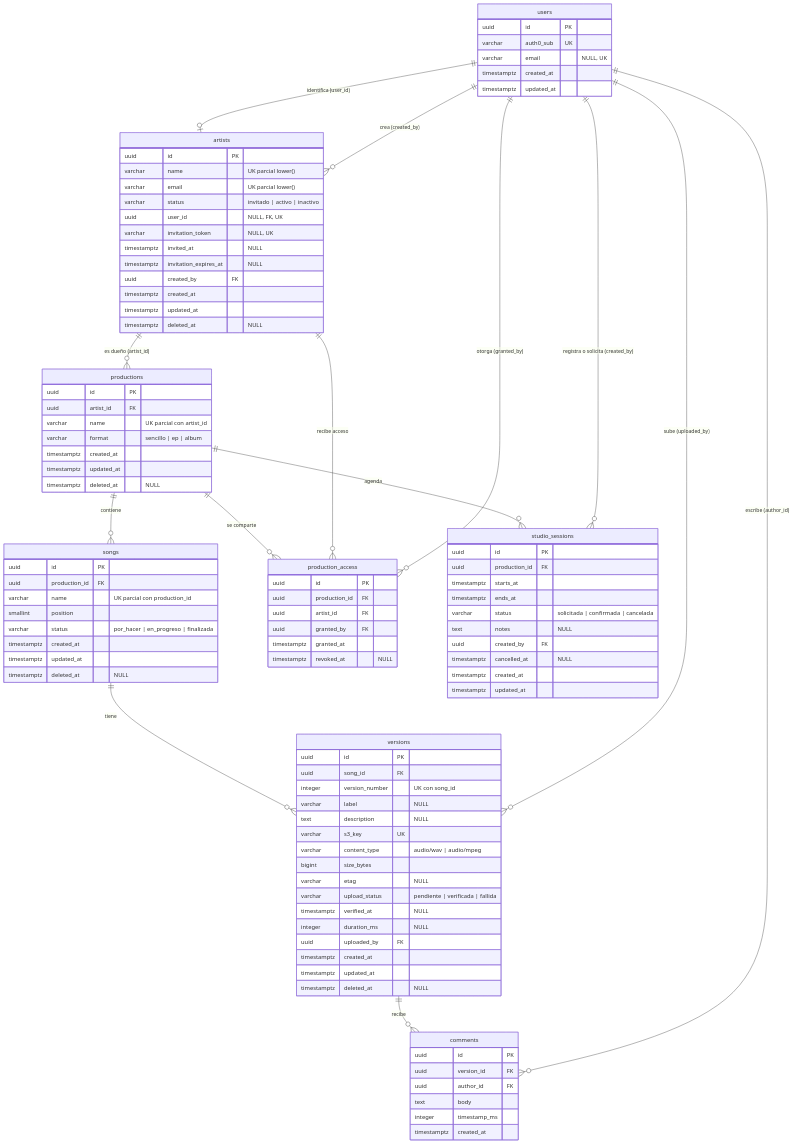
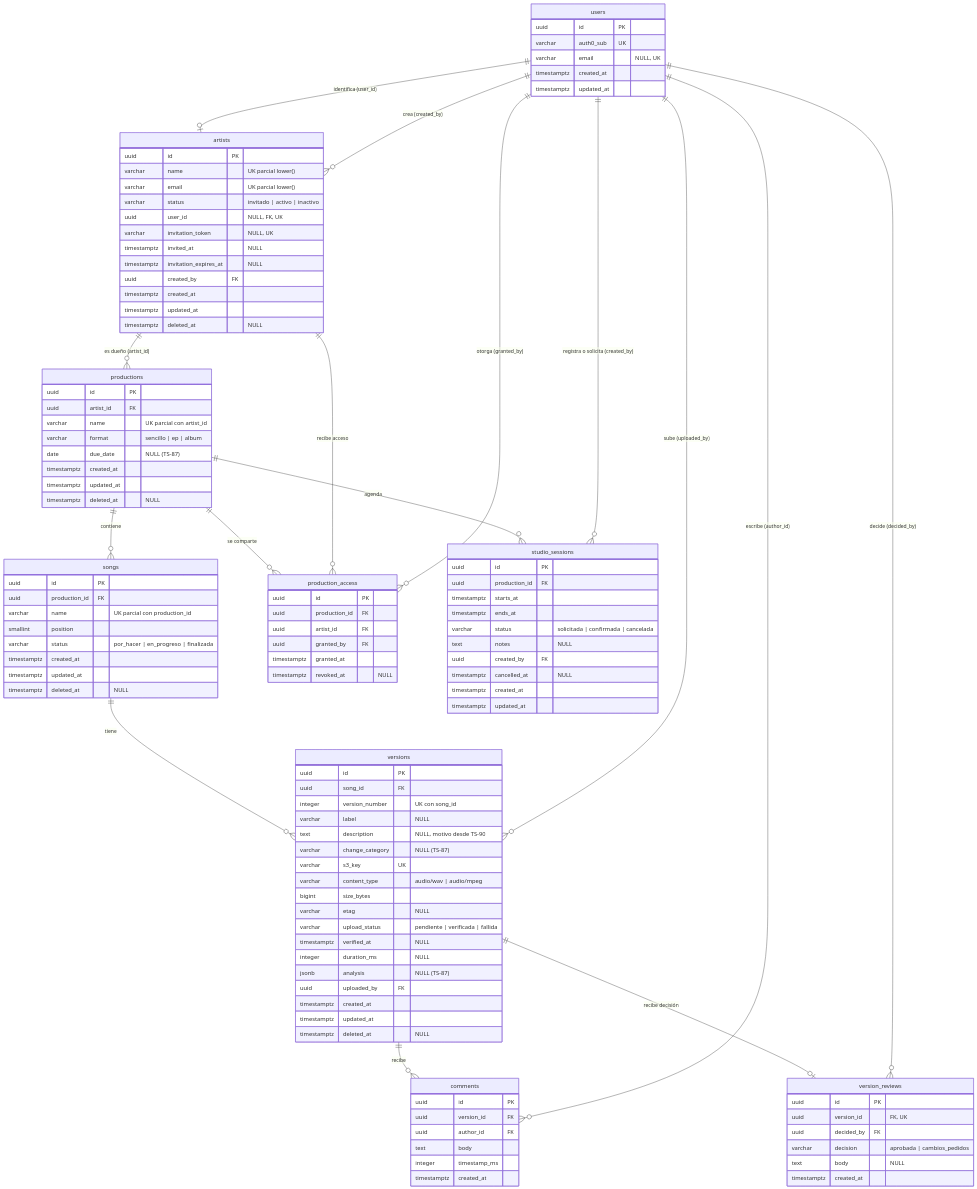
The diagram in docs/erd/modelo-completo.md (Bastian2704/trackstudio-demo), drawn with Mermaid before and after one commit. The commit also changed other lines of this file and 4 other files, not shown here.

First line of the commit message:
docs(erd): TS-87 propose scope expansion slice (due_date, change_category, analysis, version_reviews)

````diff
--- a/docs/erd/modelo-completo.md
+++ b/docs/erd/modelo-completo.md
@@ -298,6 +370,8 @@
     users ||--o{ production_access : "otorga (granted_by)"
     productions ||--o{ studio_sessions : "agenda"
     users ||--o{ studio_sessions : "registra o solicita (created_by)"
+    versions ||--o| version_reviews : "recibe decisión"
+    users ||--o{ version_reviews : "decide (decided_by)"
 
     users {
         uuid id PK
@@ -327,6 +401,7 @@
         uuid artist_id FK
         varchar name "UK parcial con artist_id"
         varchar format "sencillo | ep | album"
+        date due_date "NULL (TS-87)"
         timestamptz created_at
         timestamptz updated_at
         timestamptz deleted_at "NULL"
@@ -348,7 +423,8 @@
         uuid song_id FK
         integer version_number "UK con song_id"
         varchar label "NULL"
-        text description "NULL"
+        text description "NULL, motivo desde TS-90"
+        varchar change_category "NULL (TS-87)"
         varchar s3_key UK
         varchar content_type "audio/wav | audio/mpeg"
         bigint size_bytes
@@ -356,6 +432,7 @@
         varchar upload_status "pendiente | verificada | fallida"
         timestamptz verified_at "NULL"
         integer duration_ms "NULL"
+        jsonb analysis "NULL (TS-87)"
         uuid uploaded_by FK
         timestamptz created_at
         timestamptz updated_at
@@ -392,4 +469,13 @@
         timestamptz created_at
         timestamptz updated_at
     }
+
+    version_reviews {
+        uuid id PK
+        uuid version_id "FK, UK"
+        uuid decided_by FK
+        varchar decision "aprobada | cambios_pedidos"
+        text body "NULL"
+        timestamptz created_at
+    }
 ```
````
